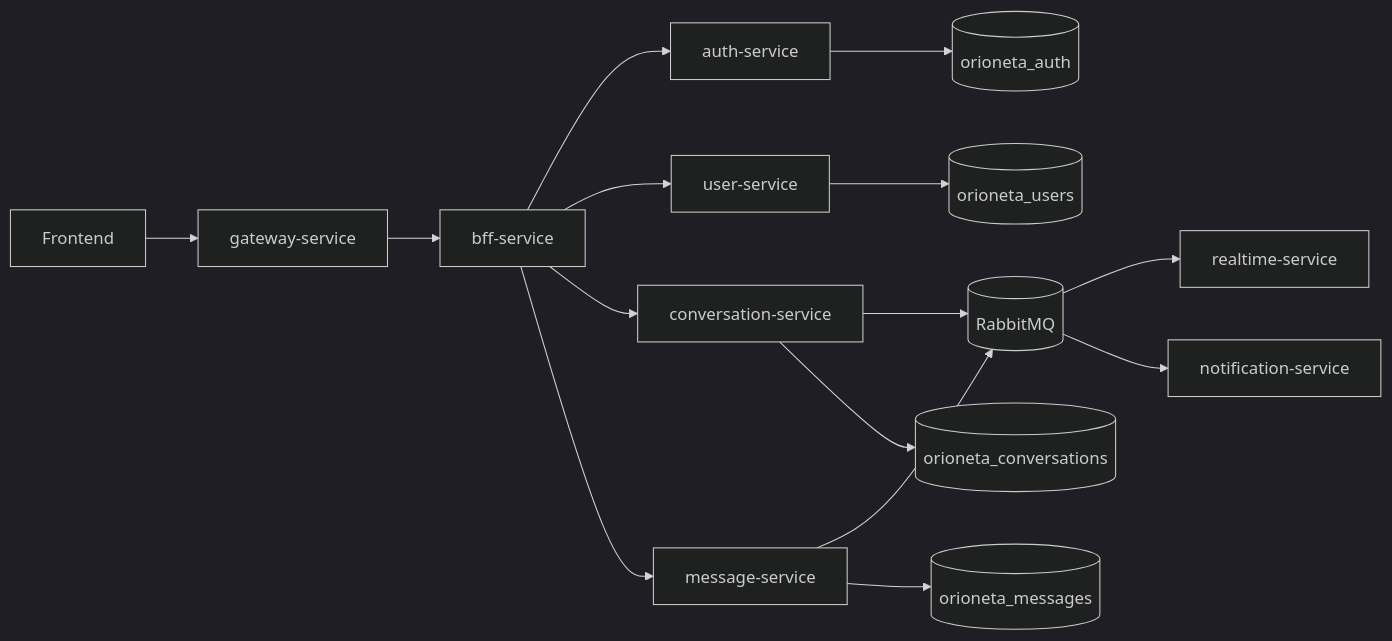
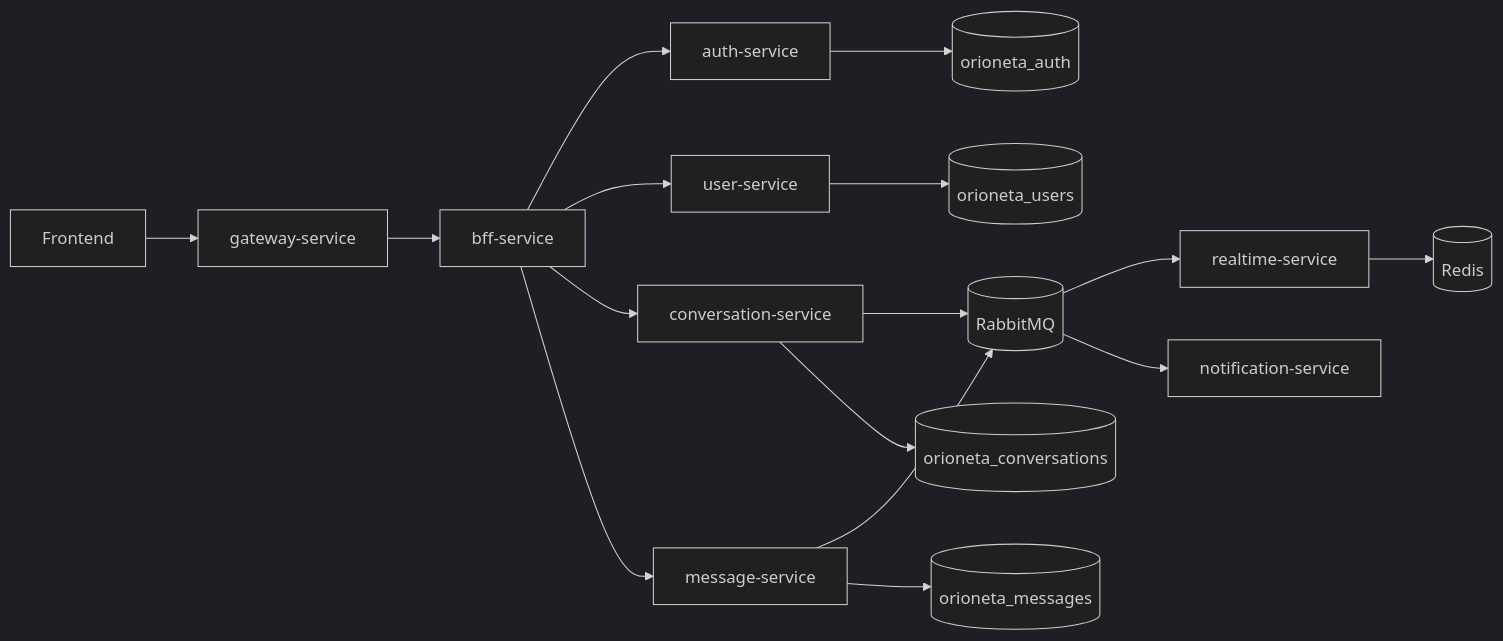
The diagram in docs/arquitectura.md (OrionTheProgrammer/Orioneta-Backend), drawn with Mermaid (dark theme) before and after one commit. The commit also changed 32 other files, not shown here.

````diff
--- a/docs/arquitectura.md
+++ b/docs/arquitectura.md
@@ -7,17 +7,18 @@
 ```mermaid
 flowchart LR
     FE[Frontend] --> GW[gateway-service]
     GW --> BFF[bff-service]
     BFF --> AUTH[auth-service]
     BFF --> USER[user-service]
     BFF --> CONV[conversation-service]
     BFF --> MSG[message-service]
     MSG --> RMQ[(RabbitMQ)]
     CONV --> RMQ
     RMQ --> RT[realtime-service]
     RMQ --> NOTIF[notification-service]
+    RT --> REDIS[(Redis)]
     AUTH --> DBA[(orioneta_auth)]
     USER --> DBU[(orioneta_users)]
     CONV --> DBC[(orioneta_conversations)]
     MSG --> DBM[(orioneta_messages)]
 ```
````
